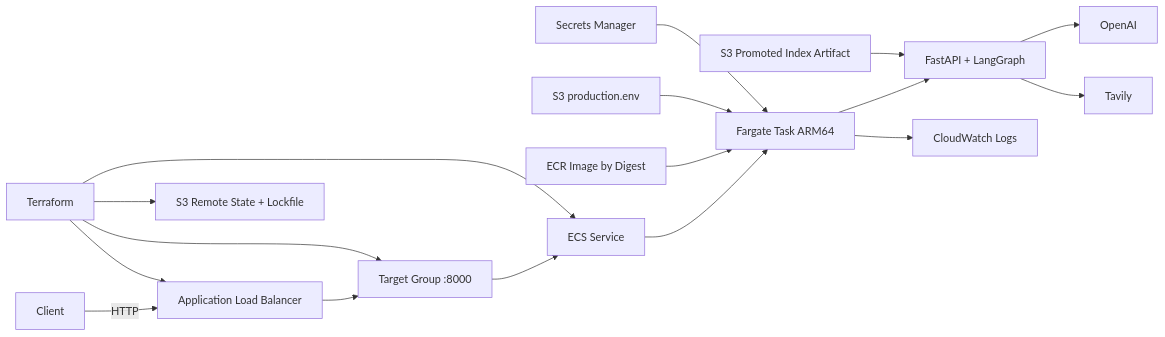
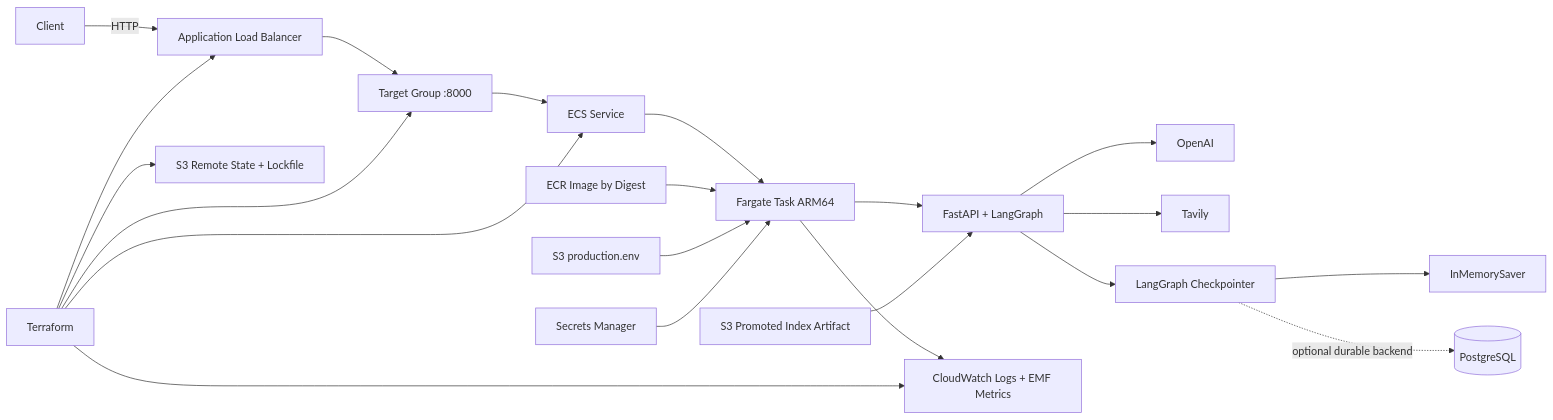
The second of 2 diagrams in README.md (carlosng95/agentic-research-rag), drawn with Mermaid before and after one commit. The commit also changed other lines of this file and 11 other files, not shown here.

````diff
--- a/README.md
+++ b/README.md
@@ -174,21 +219,28 @@
 ```mermaid
 flowchart LR
     U[Client] -->|HTTP| ALB[Application Load Balancer]
     ALB --> TG[Target Group :8000]
     TG --> ECS[ECS Service]
     ECS --> TASK[Fargate Task ARM64]
     TASK --> API[FastAPI + LangGraph]
 
     ECR[ECR Image by Digest] --> TASK
     ENV[S3 production.env] --> TASK
     SEC[Secrets Manager] --> TASK
     ART[S3 Promoted Index Artifact] --> API
+
     API --> OAI[OpenAI]
     API --> TAV[Tavily]
-    TASK --> CW[CloudWatch Logs]
+    API --> CP[LangGraph Checkpointer]
+
+    CP --> MEM[InMemorySaver]
+    CP -. optional durable backend .-> PG[(PostgreSQL)]
+
+    TASK --> CW[CloudWatch Logs + EMF Metrics]
 
     TF[Terraform] --> ALB
     TF --> TG
     TF --> ECS
+    TF --> CW
     TF --> STATE[S3 Remote State + Lockfile]
 ```
````
